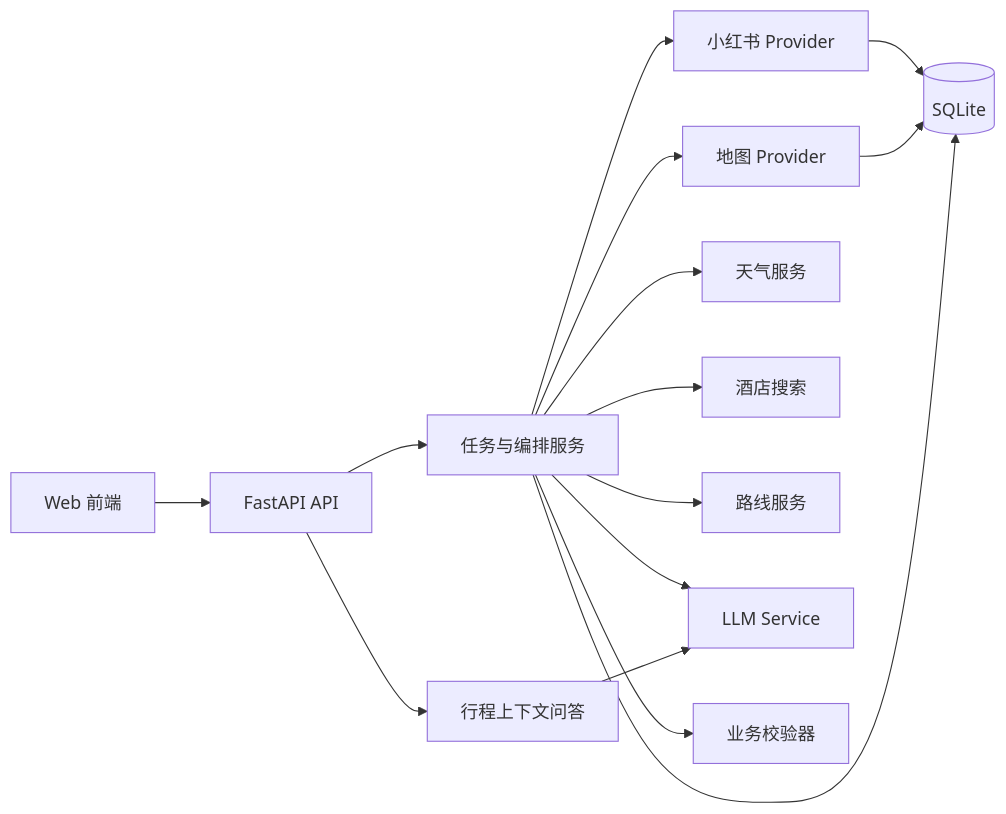
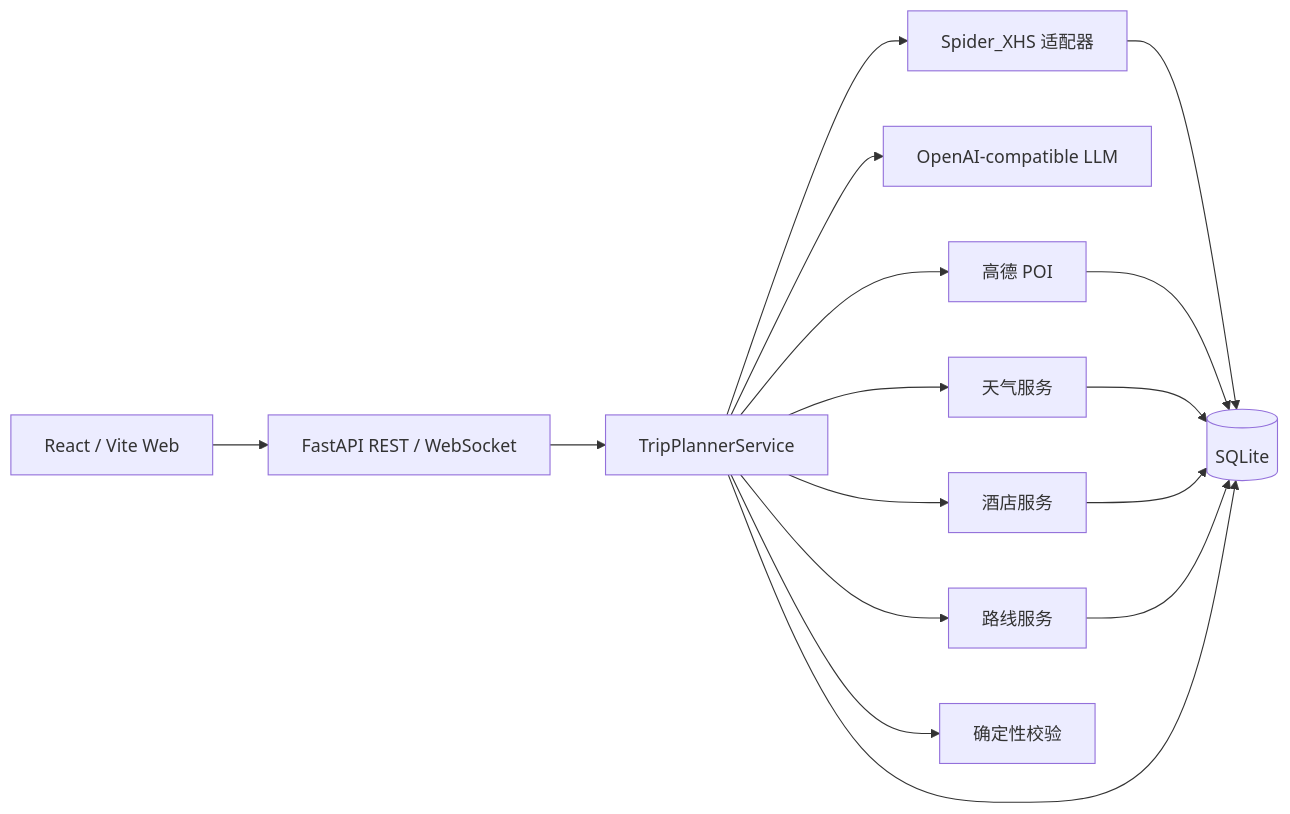
The second of 2 diagrams in README.md (dolt-y/TravelMind-AI), drawn with Mermaid before and after one commit. The commit also changed other lines of this file and 4 other files, not shown here.

````diff
--- a/README.md
+++ b/README.md
@@ -99,17 +225,18 @@
 ```mermaid
 flowchart LR
-    UI[Web 前端] --> API[FastAPI API]
-    API --> TASK[任务与编排服务]
-    TASK --> XHS[小红书 Provider]
-    TASK --> MAP[地图 Provider]
-    TASK --> WEATHER[天气服务]
-    TASK --> HOTEL[酒店搜索]
-    TASK --> ROUTE[路线服务]
-    TASK --> LLM[LLM Service]
-    TASK --> VALIDATE[业务校验器]
-    XHS --> DB[(SQLite)]
-    MAP --> DB
-    TASK --> DB
-    API --> CHAT[行程上下文问答]
-    CHAT --> LLM
+    UI["React / Vite Web"] --> API["FastAPI REST / WebSocket"]
+    API --> ORCH["TripPlannerService"]
+    ORCH --> XHS["Spider_XHS 适配器"]
+    ORCH --> LLM["OpenAI-compatible LLM"]
+    ORCH --> POI["高德 POI"]
+    ORCH --> WEATHER["天气服务"]
+    ORCH --> HOTEL["酒店服务"]
+    ORCH --> ROUTE["路线服务"]
+    ORCH --> VALIDATE["确定性校验"]
+    XHS --> DB[("SQLite")]
+    POI --> DB
+    WEATHER --> DB
+    HOTEL --> DB
+    ROUTE --> DB
+    ORCH --> DB
 ```
````
